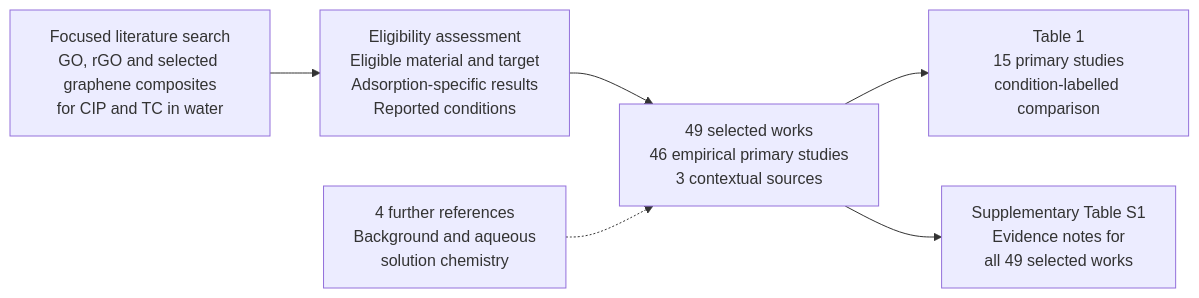
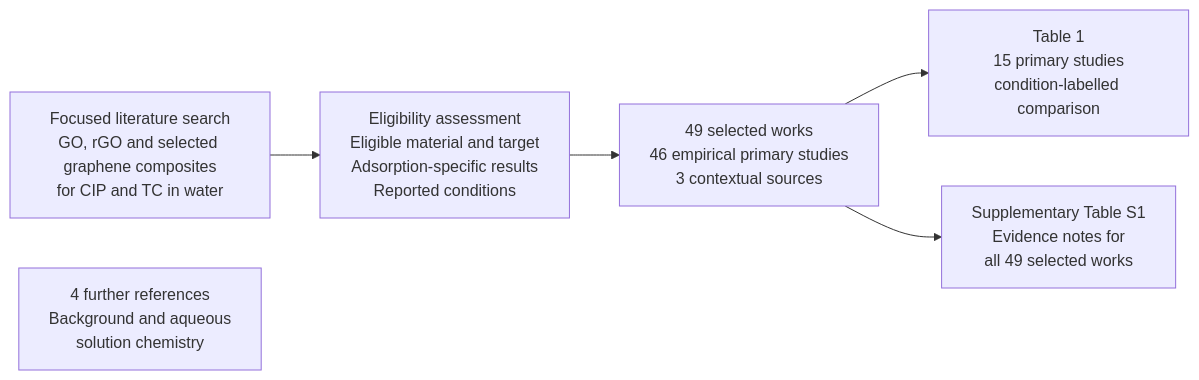
The second of 5 diagrams in manuscript/SEMESTER_MANUSCRIPT_ASSEMBLED_SOURCE_V2.md (zaidkhan005/reviewAdsorbants), drawn with Mermaid before and after one commit.

Commit message:
Separate background references visually in Figure 2

````diff
--- a/manuscript/SEMESTER_MANUSCRIPT_ASSEMBLED_SOURCE_V2.md
+++ b/manuscript/SEMESTER_MANUSCRIPT_ASSEMBLED_SOURCE_V2.md
@@ -134,13 +134,13 @@
 ```mermaid
 flowchart LR
     A["Focused literature search<br/>GO, rGO and selected graphene composites<br/>for CIP and TC in water"]
     B["Eligibility assessment<br/>Eligible material and target<br/>Adsorption-specific results<br/>Reported conditions"]
     C["49 selected works<br/>46 empirical primary studies<br/>3 contextual sources"]
     D["Table 1<br/>15 primary studies<br/>condition-labelled comparison"]
     E["Supplementary Table S1<br/>Evidence notes for<br/>all 49 selected works"]
     F["4 further references<br/>Background and aqueous<br/>solution chemistry"]
     A --> B --> C
     C --> D
     C --> E
-    F -.-> C
+
 ```
````
